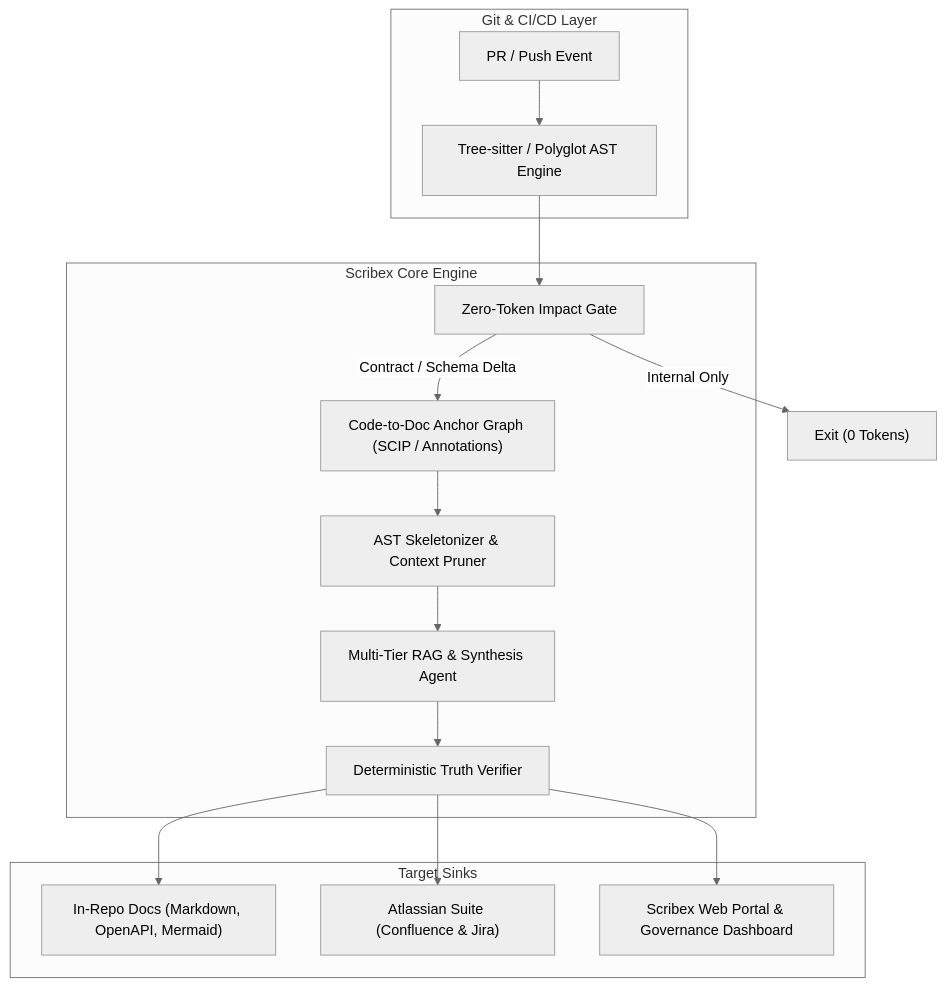
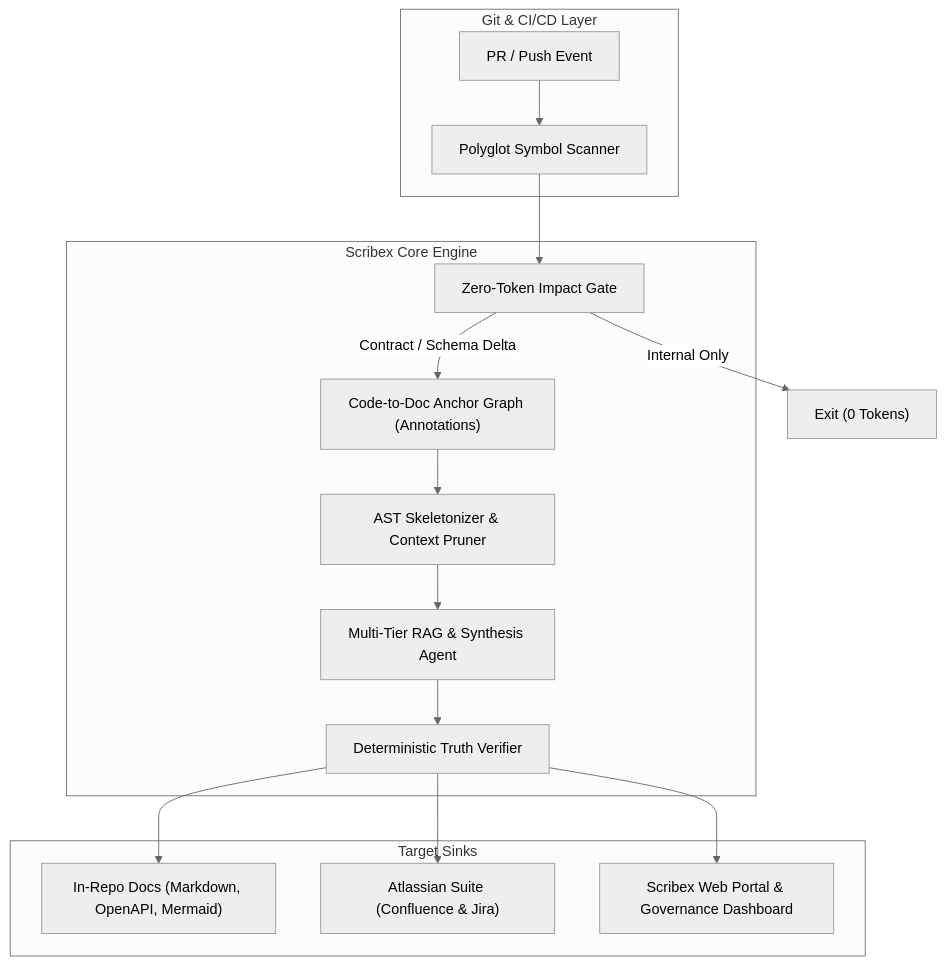
The diagram in scribex-ai/spec/SPEC.md (Keltstone/DialexAI), drawn with Mermaid (neutral theme) before and after one commit. The commit also changed other lines of this file and 623 other files, not shown here.

````diff
--- a/scribex-ai/spec/SPEC.md
+++ b/scribex-ai/spec/SPEC.md
@@ -39,32 +39,32 @@
 ```mermaid
 flowchart TB
     subgraph GitLayer ["Git & CI/CD Layer"]
         PR["PR / Push Event"]
-        AST["Tree-sitter / Polyglot AST Engine"]
+        AST["Polyglot Symbol Scanner"]
     end
 
     subgraph CoreEngine ["Scribex Core Engine"]
         ImpactGate["Zero-Token Impact Gate"]
-        Graph["Code-to-Doc Anchor Graph (SCIP / Annotations)"]
+        Graph["Code-to-Doc Anchor Graph (Annotations)"]
         Compressor["AST Skeletonizer & Context Pruner"]
         Agent["Multi-Tier RAG & Synthesis Agent"]
         Verify["Deterministic Truth Verifier"]
     end
 
     subgraph SyncTargets ["Target Sinks"]
         RepoDocs["In-Repo Docs (Markdown, OpenAPI, Mermaid)"]
         Atlassian["Atlassian Suite (Confluence & Jira)"]
         Portal["Scribex Web Portal & Governance Dashboard"]
     end
 
     PR --> AST
     AST --> ImpactGate
     ImpactGate -- "Internal Only" --> NoOp["Exit (0 Tokens)"]
     ImpactGate -- "Contract / Schema Delta" --> Graph
     Graph --> Compressor
     Compressor --> Agent
     Agent --> Verify
     Verify --> RepoDocs
     Verify --> Atlassian
     Verify --> Portal
 ```
````
